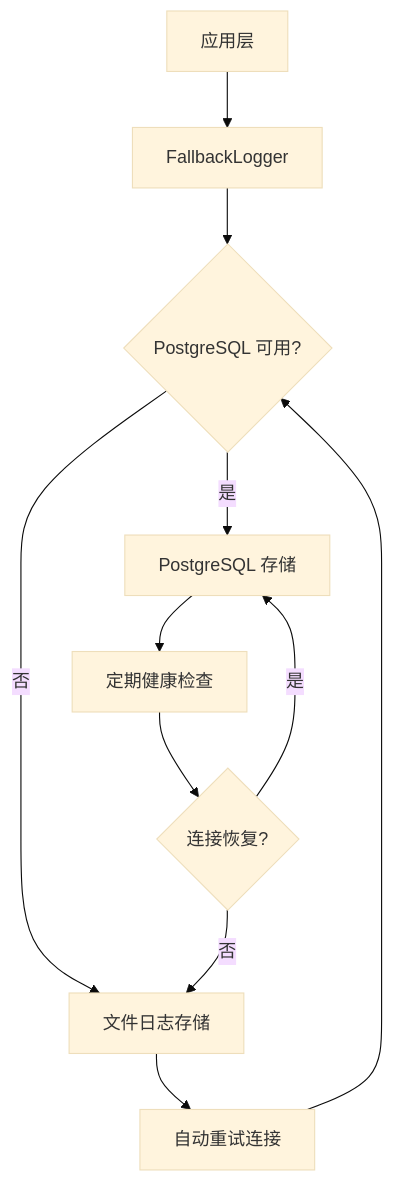
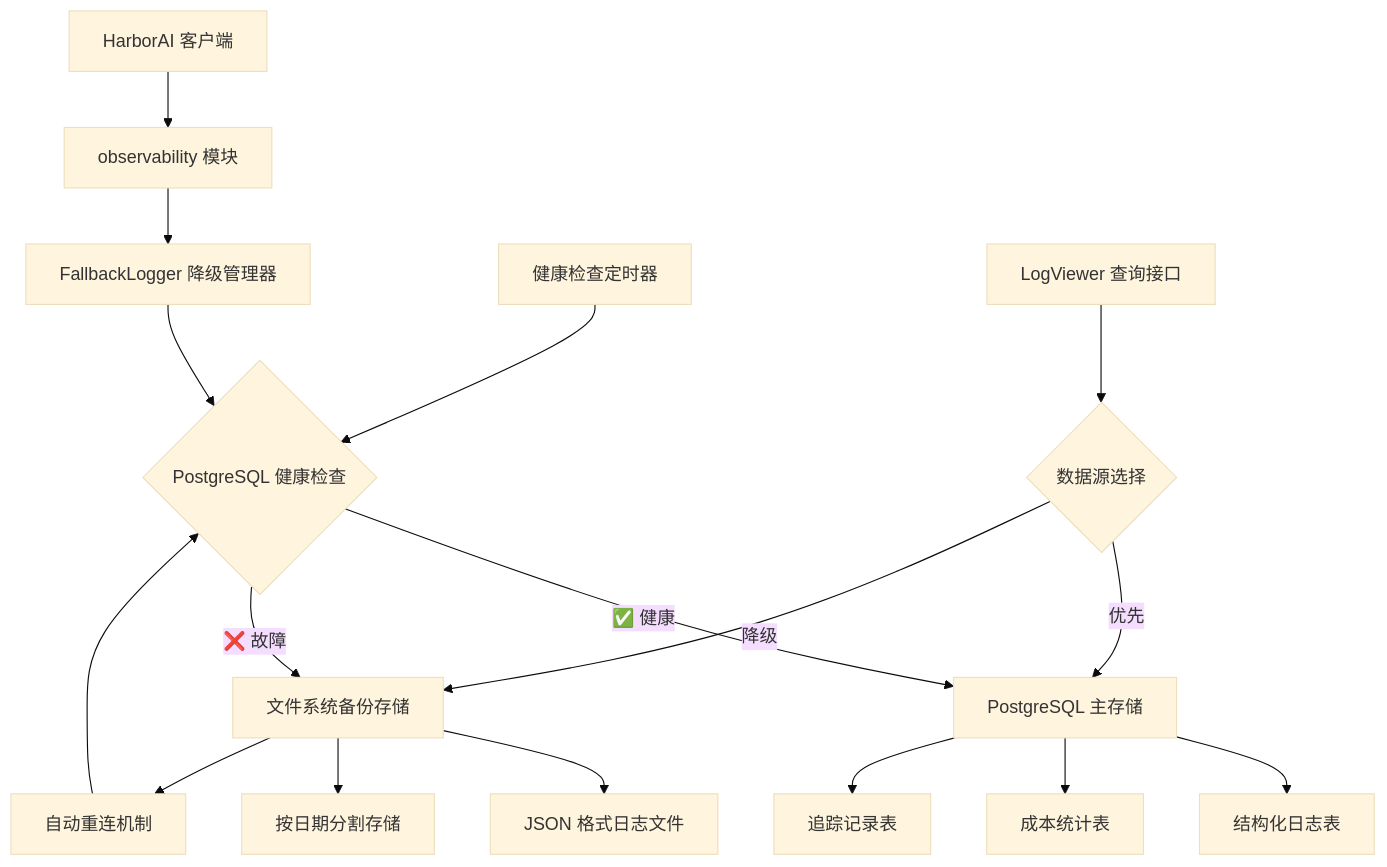
One commit to ailijian/harborai changed the first of 3 diagrams in README.md. Above: the diagram before and after it, drawn with Mermaid (base theme). The commit also changed other lines of this file, not shown here.

````diff
--- a/README.md
+++ b/README.md
@@ -330,13 +330,23 @@
 ```mermaid
 graph TD
-    A[应用层] --> B[FallbackLogger]
-    B --> C{PostgreSQL 可用?}
-    C -->|是| D[PostgreSQL 存储]
-    C -->|否| E[文件日志存储]
-    D --> F[定期健康检查]
-    F --> G{连接恢复?}
-    G -->|是| D
-    G -->|否| E
-    E --> H[自动重试连接]
-    H --> C
+    A[HarborAI 客户端] --> B[observability 模块]
+    B --> C[FallbackLogger 降级管理器]
+    C --> D{PostgreSQL 健康检查}
+    D -->|✅ 健康| E[PostgreSQL 主存储]
+    D -->|❌ 故障| F[文件系统备份存储]
+    E --> G[结构化日志表]
+    E --> H[成本统计表]
+    E --> I[追踪记录表]
+    F --> J[JSON 格式日志文件]
+    F --> K[按日期分割存储]
+    
+    %% 自动恢复机制
+    L[健康检查定时器] --> D
+    F --> M[自动重连机制]
+    M --> D
+    
+    %% 数据查询层
+    N[LogViewer 查询接口] --> O{数据源选择}
+    O -->|优先| E
+    O -->|降级| F
 ```
````
